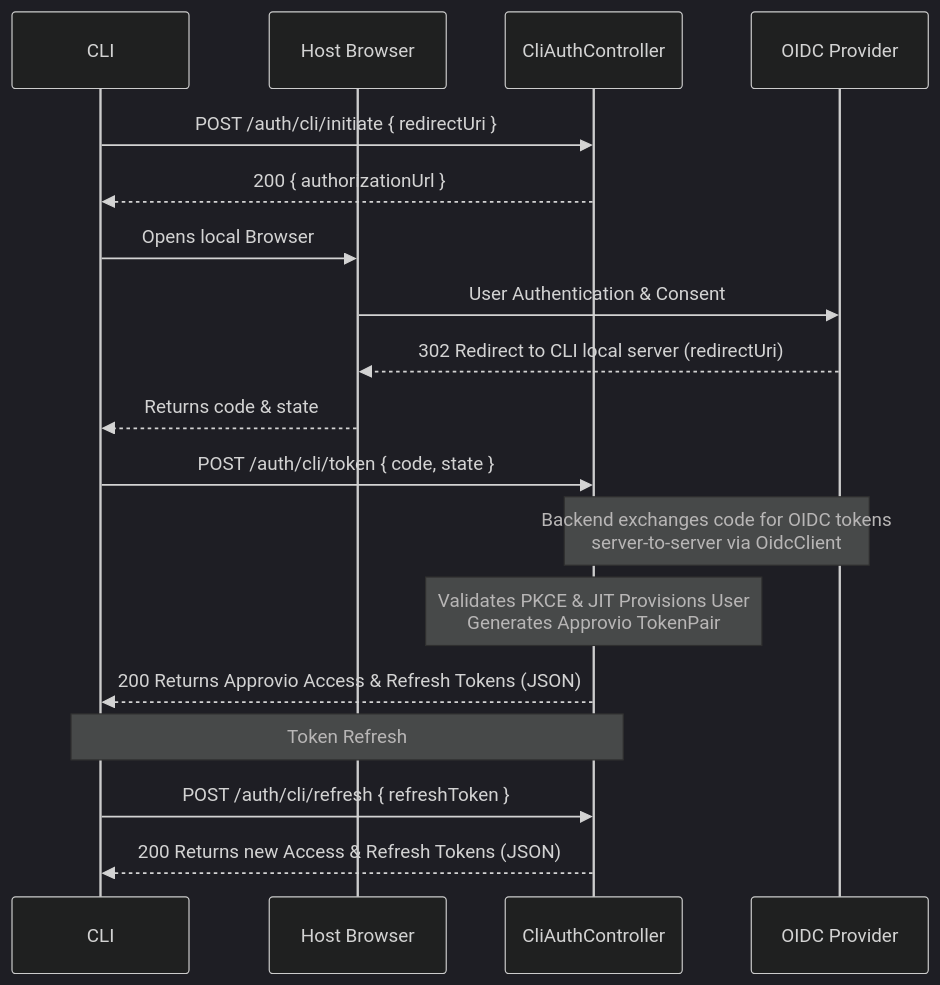
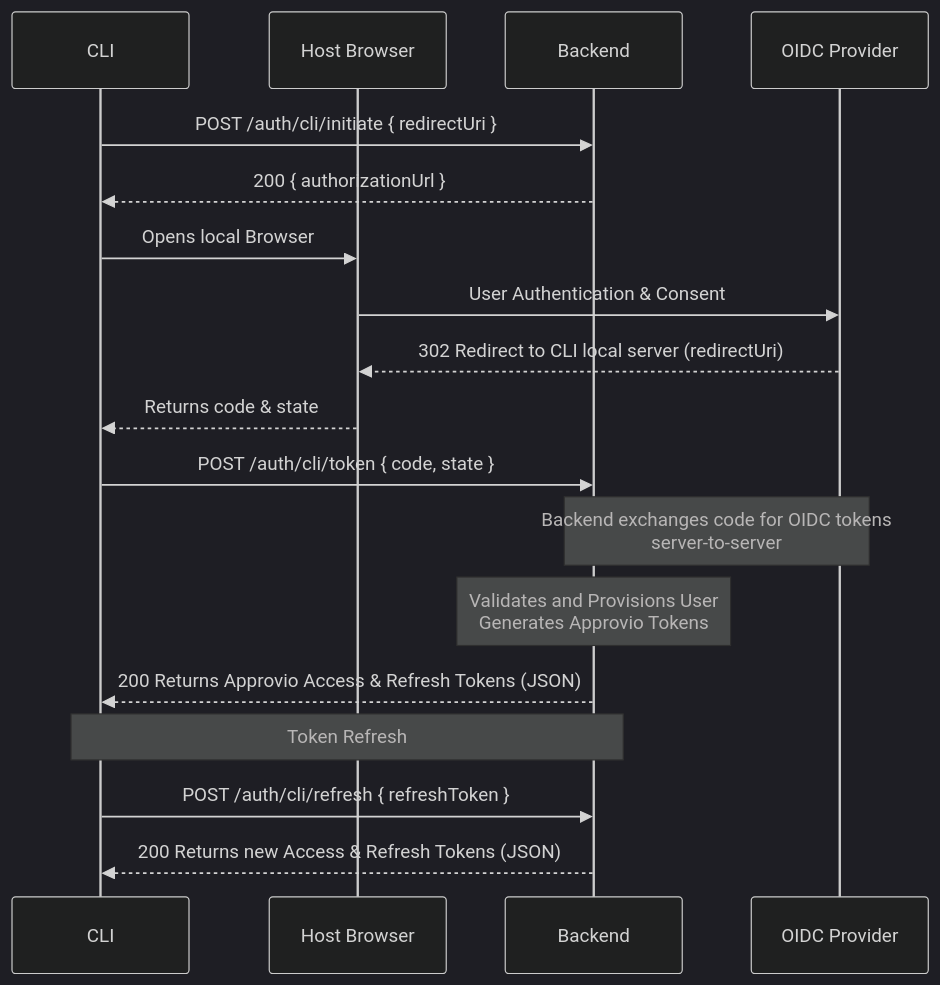
One commit to giovannibaratta/approvio changed the second of 3 diagrams in docs/authentication.md. Above: the diagram before and after it, drawn with Mermaid (dark theme). The commit also changed other lines of this file and 11 other files, not shown here.

````diff
--- a/docs/authentication.md
+++ b/docs/authentication.md
@@ -121,22 +125,22 @@
 ```mermaid
 sequenceDiagram
     participant C as CLI
     participant B as Host Browser
-    participant A as CliAuthController
+    participant A as Backend
     participant O as OIDC Provider
 
     C->>A: POST /auth/cli/initiate { redirectUri }
     A-->>C: 200 { authorizationUrl }
     C->>B: Opens local Browser
     B->>O: User Authentication & Consent
     O-->>B: 302 Redirect to CLI local server (redirectUri)
     B-->>C: Returns code & state
     C->>A: POST /auth/cli/token { code, state }
-    Note over A,O: Backend exchanges code for OIDC tokens <br/> server-to-server via OidcClient
-    Note over A: Validates PKCE & JIT Provisions User <br/> Generates Approvio TokenPair
+    Note over A,O: Backend exchanges code for OIDC tokens <br/> server-to-server
+    Note over A: Validates and Provisions User <br/> Generates Approvio Tokens
     A-->>C: 200 Returns Approvio Access & Refresh Tokens (JSON)
 
     Note over C,A: Token Refresh
     C->>A: POST /auth/cli/refresh { refreshToken }
     A-->>C: 200 Returns new Access & Refresh Tokens (JSON)
 ```
````
